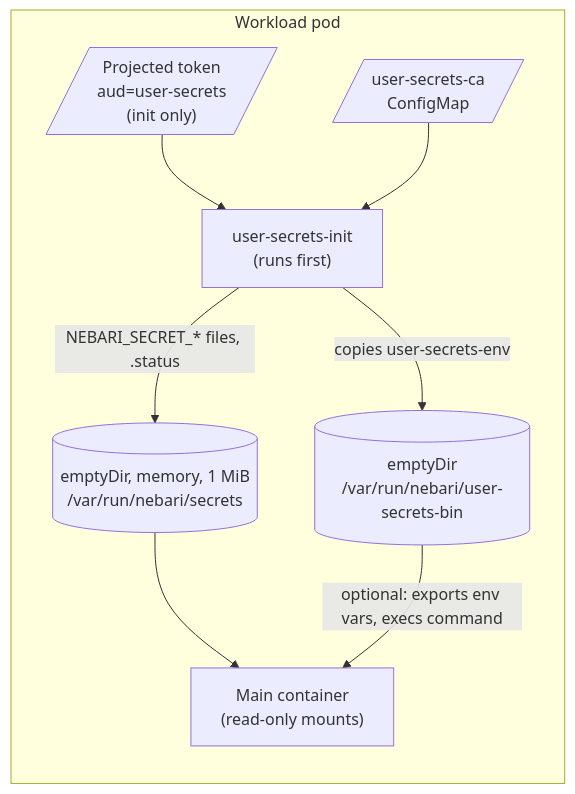
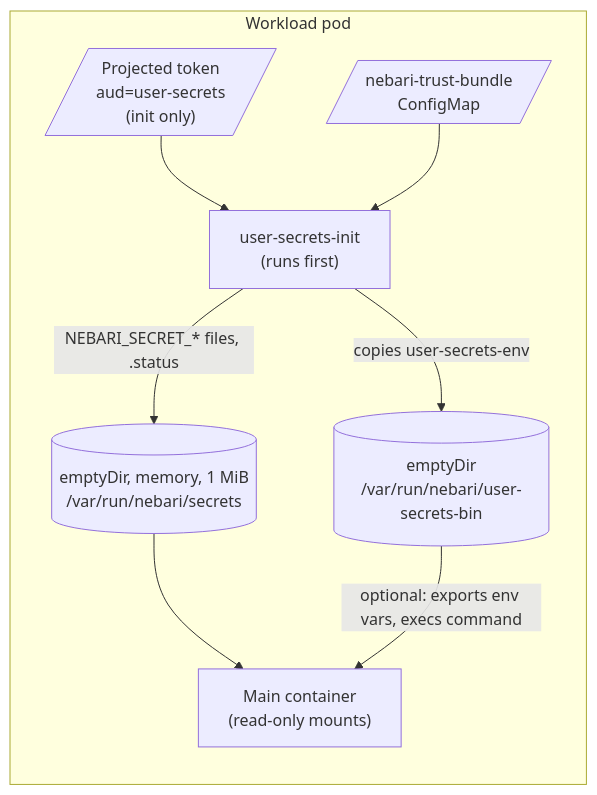
One commit to nebari-dev/nebari-user-secrets changed the eighth of 8 diagrams in docs/design/user-secrets.md. Above: the diagram before and after it, drawn with Mermaid. The commit also changed other lines of this file and 2 other files, not shown here.

First line of the commit message:
docs: encrypt per user, inject delivery pieces, use NIC's cluster CA

````diff
--- a/docs/design/user-secrets.md
+++ b/docs/design/user-secrets.md
@@ -242,17 +294,17 @@
 ```mermaid
 flowchart LR
     subgraph pod["Workload pod"]
         init["user-secrets-init<br/>(runs first)"]
         tok[/"Projected token<br/>aud=user-secrets<br/>(init only)"/]
-        ca[/"user-secrets-ca<br/>ConfigMap"/]
+        ca[/"nebari-trust-bundle<br/>ConfigMap"/]
         mem[("emptyDir, memory, 1 MiB<br/>/var/run/nebari/secrets")]
         bin[("emptyDir<br/>/var/run/nebari/user-secrets-bin")]
         main["Main container<br/>(read-only mounts)"]
     end
     tok --> init
     ca --> init
     init -->|"NEBARI_SECRET_* files, .status"| mem
     init -->|"copies user-secrets-env"| bin
     mem --> main
     bin -->|"optional: exports env vars, execs command"| main
 ```
````
